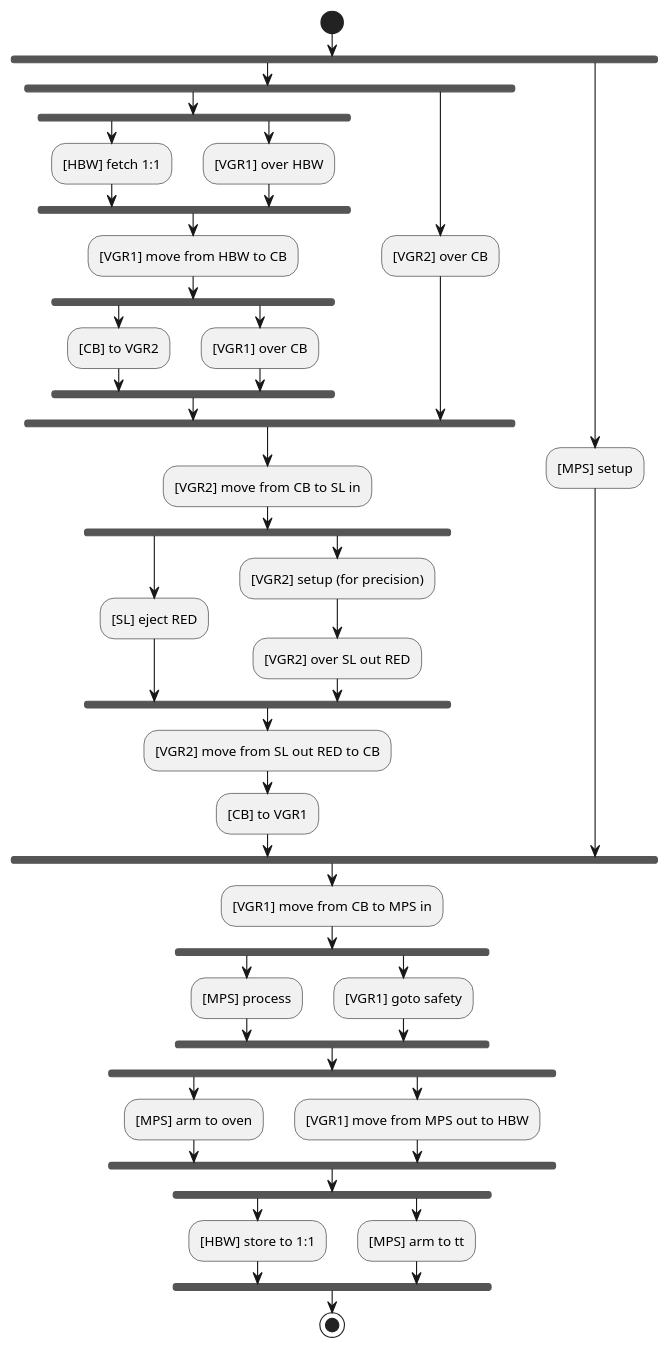
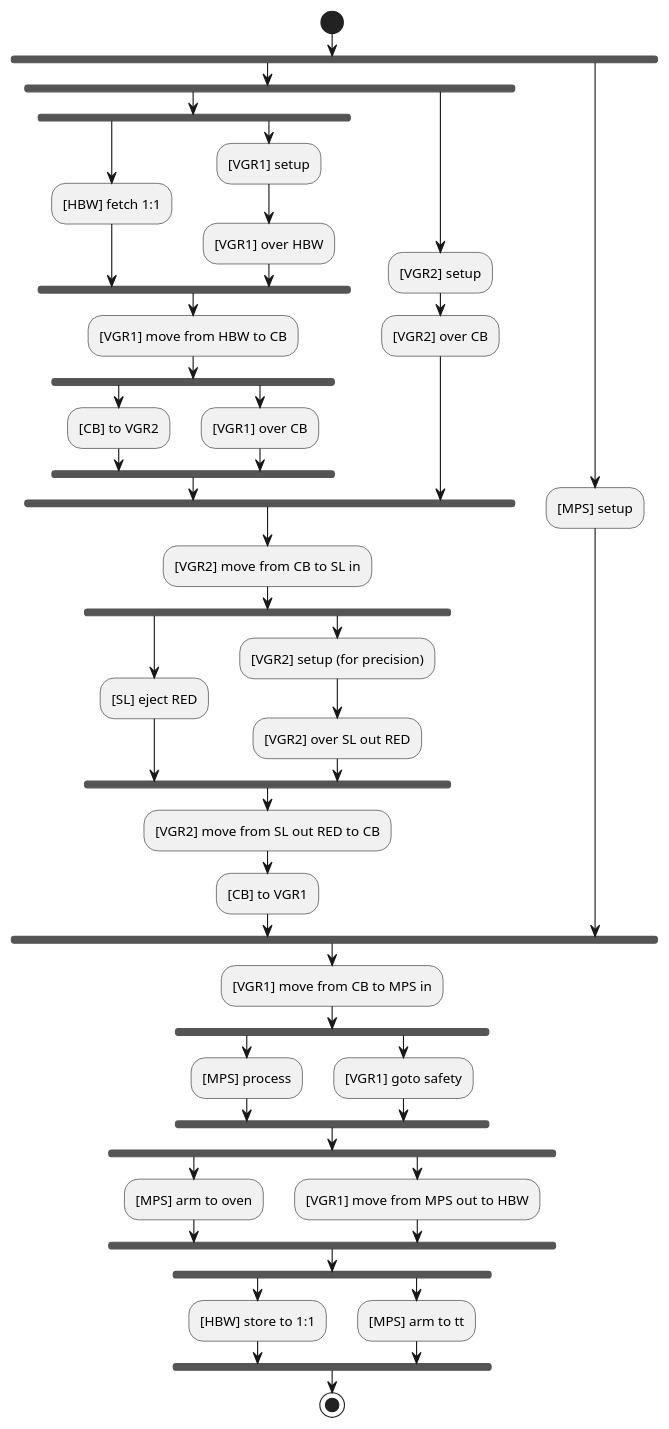
Before and after one commit to edt-edu/dt-setups: the diagram in RWTH_Setup/scripts/mission-models/Island1-Fetch-Sort-Process-and-Store.puml, drawn with PlantUML. The commit also changed 1 other file, not shown here.

Commit message:
Add extra setup commands for VGR1 and VGR2

```diff
--- a/RWTH_Setup/scripts/mission-models/Island1-Fetch-Sort-Process-and-Store.puml
+++ b/RWTH_Setup/scripts/mission-models/Island1-Fetch-Sort-Process-and-Store.puml
@@ -1,58 +1,60 @@
 @startuml
 'https://plantuml.com/activity-diagram-beta
 
 start
 
 fork
   fork
     fork
       :[HBW] fetch 1:1;
     fork again
+      :[VGR1] setup;
       :[VGR1] over HBW;
     end fork
     :[VGR1] move from HBW to CB;
     fork
       :[CB] to VGR2;
     fork again
       :[VGR1] over CB;
     end fork
   fork again
+    :[VGR2] setup;
     :[VGR2] over CB;
   end fork
   :[VGR2] move from CB to SL in;
   fork
     :[SL] eject RED;
   fork again
     :[VGR2] setup (for precision);
     :[VGR2] over SL out RED;
   end fork
 
   :[VGR2] move from SL out RED to CB;
   :[CB] to VGR1;
 fork again
   :[MPS] setup;
 end fork
 
 :[VGR1] move from CB to MPS in;
 
 fork
   :[MPS] process;
 fork again
   :[VGR1] goto safety;
 end fork
 
 fork
   :[MPS] arm to oven;
 fork again
   :[VGR1] move from MPS out to HBW;
 end fork
 
 fork
   :[HBW] store to 1:1;
 fork again
   :[MPS] arm to tt;
 end fork
 
 stop
 
 @enduml
```
